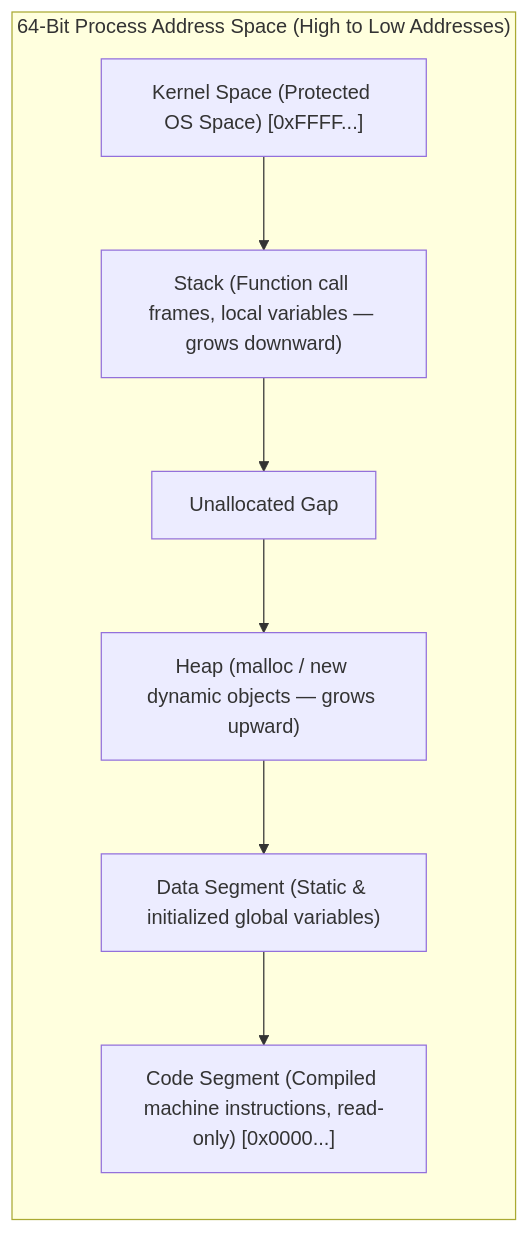
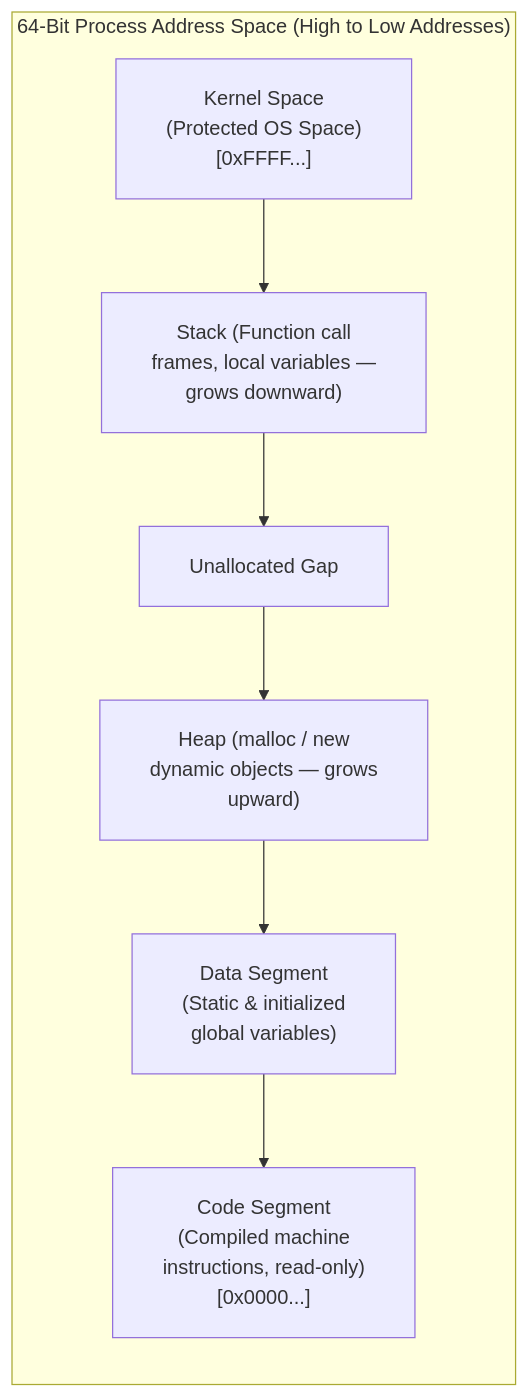
One commit to dip4k/DSA_102 changed the second of 3 diagrams in week_01_foundations_i_computational_fundamentals/Week_01_Visual_Concepts_Playbook_HYBRID.md. Above: the diagram before and after it, drawn with Mermaid. The commit also changed other lines of this file and 108 other files, not shown here.

First line of the commit message:
fix(mermaid): resolve diagram clipping, padding, and syntax issues across repo

````diff
--- a/week_01_foundations_i_computational_fundamentals/Week_01_Visual_Concepts_Playbook_HYBRID.md
+++ b/week_01_foundations_i_computational_fundamentals/Week_01_Visual_Concepts_Playbook_HYBRID.md
@@ -82,13 +83,14 @@
 ```mermaid
+%%{init: {"flowchart": {"htmlLabels": true, "padding": 20}}}%%
 flowchart TD
     subgraph AddressSpace["64-Bit Process Address Space (High to Low Addresses)"]
         direction TB
-        K["Kernel Space (Protected OS Space) [0xFFFF...]"]
-        S["Stack (Function call frames, local variables — grows downward)"]
+        K["Kernel Space<br/>(Protected OS Space)<br/>[0xFFFF...]"]
+        S["Stack (Function call<br/>frames, local variables —<br/>grows downward)"]
         Gap["Unallocated Gap"]
-        H["Heap (malloc / new dynamic objects — grows upward)"]
-        D["Data Segment (Static & initialized global variables)"]
-        C["Code Segment (Compiled machine instructions, read-only) [0x0000...]"]
+        H["Heap (malloc / new<br/>dynamic objects — grows<br/>upward)"]
+        D["Data Segment<br/>(Static & initialized<br/>global variables)"]
+        C["Code Segment<br/>(Compiled machine<br/>instructions, read-only)<br/>[0x0000...]"]
     end
     K --> S --> Gap --> H --> D --> C
 ```
````
